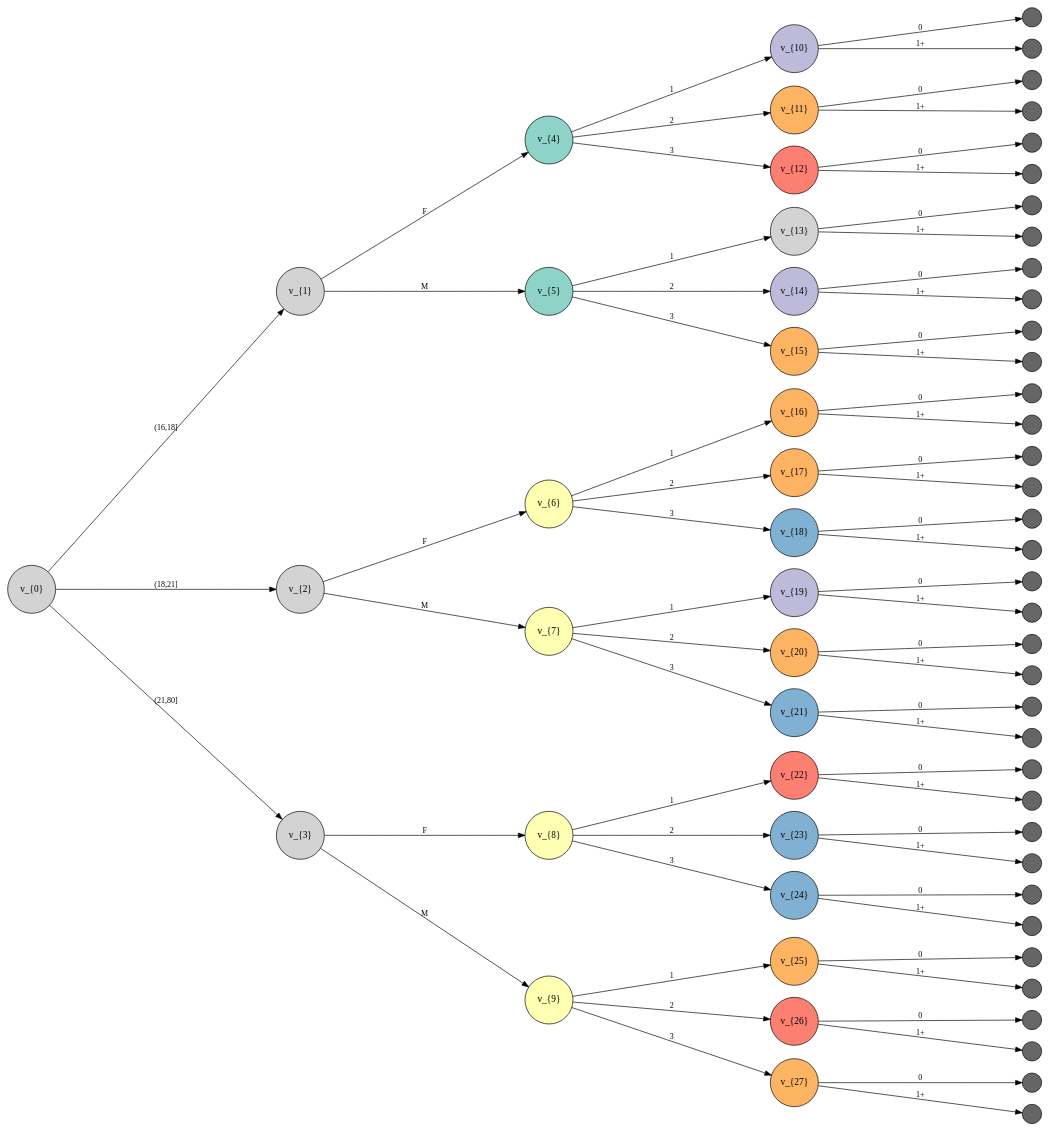
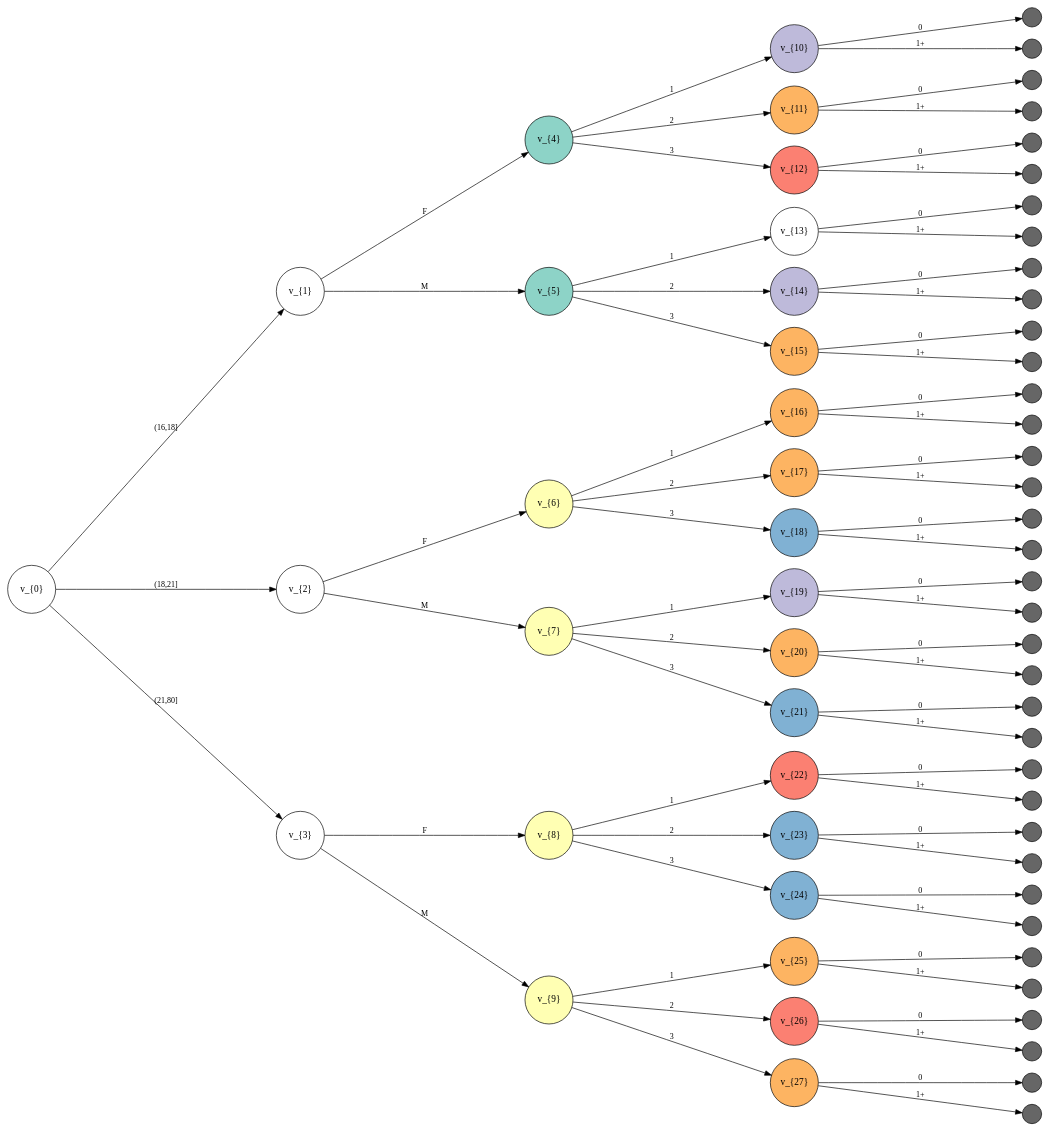
Before and after one commit to kasia-kobalczyk/chain-event-graphs: the diagram in figures/freq_staged_tree.dot, drawn with Graphviz. The commit also changed 8 other files, not shown here.

```diff
--- a/figures/freq_staged_tree.dot
+++ b/figures/freq_staged_tree.dot
@@ -1,131 +1,131 @@
 digraph G {
 rankdir=LR;
 ranksep=4;
 "v_{0}" -> "v_{1}"  [color=black, fontsize=12, label="(16,18]", labelfontcolor="#009933"];
 "v_{0}" -> "v_{2}"  [color=black, fontsize=12, label="(18,21]", labelfontcolor="#009933"];
 "v_{0}" -> "v_{3}"  [color=black, fontsize=12, label="(21,80]", labelfontcolor="#009933"];
 "v_{1}" -> "v_{4}"  [color=black, fontsize=12, label=F, labelfontcolor="#009933"];
 "v_{1}" -> "v_{5}"  [color=black, fontsize=12, label=M, labelfontcolor="#009933"];
 "v_{2}" -> "v_{6}"  [color=black, fontsize=12, label=F, labelfontcolor="#009933"];
 "v_{2}" -> "v_{7}"  [color=black, fontsize=12, label=M, labelfontcolor="#009933"];
 "v_{3}" -> "v_{8}"  [color=black, fontsize=12, label=F, labelfontcolor="#009933"];
 "v_{3}" -> "v_{9}"  [color=black, fontsize=12, label=M, labelfontcolor="#009933"];
 "v_{4}" -> "v_{10}"  [color=black, fontsize=12, label=1, labelfontcolor="#009933"];
 "v_{4}" -> "v_{11}"  [color=black, fontsize=12, label=2, labelfontcolor="#009933"];
 "v_{4}" -> "v_{12}"  [color=black, fontsize=12, label=3, labelfontcolor="#009933"];
 "v_{5}" -> "v_{13}"  [color=black, fontsize=12, label=1, labelfontcolor="#009933"];
 "v_{5}" -> "v_{14}"  [color=black, fontsize=12, label=2, labelfontcolor="#009933"];
 "v_{5}" -> "v_{15}"  [color=black, fontsize=12, label=3, labelfontcolor="#009933"];
 "v_{6}" -> "v_{16}"  [color=black, fontsize=12, label=1, labelfontcolor="#009933"];
 "v_{6}" -> "v_{17}"  [color=black, fontsize=12, label=2, labelfontcolor="#009933"];
 "v_{6}" -> "v_{18}"  [color=black, fontsize=12, label=3, labelfontcolor="#009933"];
 "v_{7}" -> "v_{19}"  [color=black, fontsize=12, label=1, labelfontcolor="#009933"];
 "v_{7}" -> "v_{20}"  [color=black, fontsize=12, label=2, labelfontcolor="#009933"];
 "v_{7}" -> "v_{21}"  [color=black, fontsize=12, label=3, labelfontcolor="#009933"];
 "v_{8}" -> "v_{22}"  [color=black, fontsize=12, label=1, labelfontcolor="#009933"];
 "v_{8}" -> "v_{23}"  [color=black, fontsize=12, label=2, labelfontcolor="#009933"];
 "v_{8}" -> "v_{24}"  [color=black, fontsize=12, label=3, labelfontcolor="#009933"];
 "v_{9}" -> "v_{25}"  [color=black, fontsize=12, label=1, labelfontcolor="#009933"];
 "v_{9}" -> "v_{26}"  [color=black, fontsize=12, label=2, labelfontcolor="#009933"];
 "v_{9}" -> "v_{27}"  [color=black, fontsize=12, label=3, labelfontcolor="#009933"];
 "v_{10}" -> "v_{28}"  [color=black, fontsize=12, label=0, labelfontcolor="#009933"];
 "v_{10}" -> "v_{29}"  [color=black, fontsize=12, label="1+", labelfontcolor="#009933"];
 "v_{11}" -> "v_{30}"  [color=black, fontsize=12, label=0, labelfontcolor="#009933"];
 "v_{11}" -> "v_{31}"  [color=black, fontsize=12, label="1+", labelfontcolor="#009933"];
 "v_{12}" -> "v_{32}"  [color=black, fontsize=12, label=0, labelfontcolor="#009933"];
 "v_{12}" -> "v_{33}"  [color=black, fontsize=12, label="1+", labelfontcolor="#009933"];
 "v_{13}" -> "v_{34}"  [color=black, fontsize=12, label=0, labelfontcolor="#009933"];
 "v_{13}" -> "v_{35}"  [color=black, fontsize=12, label="1+", labelfontcolor="#009933"];
 "v_{14}" -> "v_{36}"  [color=black, fontsize=12, label=0, labelfontcolor="#009933"];
 "v_{14}" -> "v_{37}"  [color=black, fontsize=12, label="1+", labelfontcolor="#009933"];
 "v_{15}" -> "v_{38}"  [color=black, fontsize=12, label=0, labelfontcolor="#009933"];
 "v_{15}" -> "v_{39}"  [color=black, fontsize=12, label="1+", labelfontcolor="#009933"];
 "v_{16}" -> "v_{40}"  [color=black, fontsize=12, label=0, labelfontcolor="#009933"];
 "v_{16}" -> "v_{41}"  [color=black, fontsize=12, label="1+", labelfontcolor="#009933"];
 "v_{17}" -> "v_{42}"  [color=black, fontsize=12, label=0, labelfontcolor="#009933"];
 "v_{17}" -> "v_{43}"  [color=black, fontsize=12, label="1+", labelfontcolor="#009933"];
 "v_{18}" -> "v_{44}"  [color=black, fontsize=12, label=0, labelfontcolor="#009933"];
 "v_{18}" -> "v_{45}"  [color=black, fontsize=12, label="1+", labelfontcolor="#009933"];
 "v_{19}" -> "v_{46}"  [color=black, fontsize=12, label=0, labelfontcolor="#009933"];
 "v_{19}" -> "v_{47}"  [color=black, fontsize=12, label="1+", labelfontcolor="#009933"];
 "v_{20}" -> "v_{48}"  [color=black, fontsize=12, label=0, labelfontcolor="#009933"];
 "v_{20}" -> "v_{49}"  [color=black, fontsize=12, label="1+", labelfontcolor="#009933"];
 "v_{21}" -> "v_{50}"  [color=black, fontsize=12, label=0, labelfontcolor="#009933"];
 "v_{21}" -> "v_{51}"  [color=black, fontsize=12, label="1+", labelfontcolor="#009933"];
 "v_{22}" -> "v_{52}"  [color=black, fontsize=12, label=0, labelfontcolor="#009933"];
 "v_{22}" -> "v_{53}"  [color=black, fontsize=12, label="1+", labelfontcolor="#009933"];
 "v_{23}" -> "v_{54}"  [color=black, fontsize=12, label=0, labelfontcolor="#009933"];
 "v_{23}" -> "v_{55}"  [color=black, fontsize=12, label="1+", labelfontcolor="#009933"];
 "v_{24}" -> "v_{56}"  [color=black, fontsize=12, label=0, labelfontcolor="#009933"];
 "v_{24}" -> "v_{57}"  [color=black, fontsize=12, label="1+", labelfontcolor="#009933"];
 "v_{25}" -> "v_{58}"  [color=black, fontsize=12, label=0, labelfontcolor="#009933"];
 "v_{25}" -> "v_{59}"  [color=black, fontsize=12, label="1+", labelfontcolor="#009933"];
 "v_{26}" -> "v_{60}"  [color=black, fontsize=12, label=0, labelfontcolor="#009933"];
 "v_{26}" -> "v_{61}"  [color=black, fontsize=12, label="1+", labelfontcolor="#009933"];
 "v_{27}" -> "v_{62}"  [color=black, fontsize=12, label=0, labelfontcolor="#009933"];
 "v_{27}" -> "v_{63}"  [color=black, fontsize=12, label="1+", labelfontcolor="#009933"];
-"v_{0}" [fillcolor=lightgrey, fixedsize=True, label="v_{0}", shape=circle, style=filled, width=1];
-"v_{1}" [fillcolor=lightgrey, fixedsize=True, label="v_{1}", shape=circle, style=filled, width=1];
-"v_{2}" [fillcolor=lightgrey, fixedsize=True, label="v_{2}", shape=circle, style=filled, width=1];
-"v_{3}" [fillcolor=lightgrey, fixedsize=True, label="v_{3}", shape=circle, style=filled, width=1];
+"v_{0}" [fillcolor=white, fixedsize=True, label="v_{0}", shape=circle, style=filled, width=1];
+"v_{1}" [fillcolor=white, fixedsize=True, label="v_{1}", shape=circle, style=filled, width=1];
+"v_{2}" [fillcolor=white, fixedsize=True, label="v_{2}", shape=circle, style=filled, width=1];
+"v_{3}" [fillcolor=white, fixedsize=True, label="v_{3}", shape=circle, style=filled, width=1];
 "v_{4}" [fillcolor="#8dd3c7", fixedsize=True, label="v_{4}", shape=circle, style=filled, width=1];
 "v_{5}" [fillcolor="#8dd3c7", fixedsize=True, label="v_{5}", shape=circle, style=filled, width=1];
 "v_{6}" [fillcolor="#ffffb3", fixedsize=True, label="v_{6}", shape=circle, style=filled, width=1];
 "v_{7}" [fillcolor="#ffffb3", fixedsize=True, label="v_{7}", shape=circle, style=filled, width=1];
 "v_{8}" [fillcolor="#ffffb3", fixedsize=True, label="v_{8}", shape=circle, style=filled, width=1];
 "v_{9}" [fillcolor="#ffffb3", fixedsize=True, label="v_{9}", shape=circle, style=filled, width=1];
 "v_{10}" [fillcolor="#bebada", fixedsize=True, label="v_{10}", shape=circle, style=filled, width=1];
 "v_{11}" [fillcolor="#fdb462", fixedsize=True, label="v_{11}", shape=circle, style=filled, width=1];
 "v_{12}" [fillcolor="#fb8072", fixedsize=True, label="v_{12}", shape=circle, style=filled, width=1];
-"v_{13}" [fillcolor=lightgrey, fixedsize=True, label="v_{13}", shape=circle, style=filled, width=1];
+"v_{13}" [fillcolor=white, fixedsize=True, label="v_{13}", shape=circle, style=filled, width=1];
 "v_{14}" [fillcolor="#bebada", fixedsize=True, label="v_{14}", shape=circle, style=filled, width=1];
 "v_{15}" [fillcolor="#fdb462", fixedsize=True, label="v_{15}", shape=circle, style=filled, width=1];
 "v_{16}" [fillcolor="#fdb462", fixedsize=True, label="v_{16}", shape=circle, style=filled, width=1];
 "v_{17}" [fillcolor="#fdb462", fixedsize=True, label="v_{17}", shape=circle, style=filled, width=1];
 "v_{18}" [fillcolor="#80b1d3", fixedsize=True, label="v_{18}", shape=circle, style=filled, width=1];
 "v_{19}" [fillcolor="#bebada", fixedsize=True, label="v_{19}", shape=circle, style=filled, width=1];
 "v_{20}" [fillcolor="#fdb462", fixedsize=True, label="v_{20}", shape=circle, style=filled, width=1];
 "v_{21}" [fillcolor="#80b1d3", fixedsize=True, label="v_{21}", shape=circle, style=filled, width=1];
 "v_{22}" [fillcolor="#fb8072", fixedsize=True, label="v_{22}", shape=circle, style=filled, width=1];
 "v_{23}" [fillcolor="#80b1d3", fixedsize=True, label="v_{23}", shape=circle, style=filled, width=1];
 "v_{24}" [fillcolor="#80b1d3", fixedsize=True, label="v_{24}", shape=circle, style=filled, width=1];
 "v_{25}" [fillcolor="#fdb462", fixedsize=True, label="v_{25}", shape=circle, style=filled, width=1];
 "v_{26}" [fillcolor="#fb8072", fixedsize=True, label="v_{26}", shape=circle, style=filled, width=1];
 "v_{27}" [fillcolor="#fdb462", fixedsize=True, label="v_{27}", shape=circle, style=filled, width=1];
 "v_{28}" [fillcolor="#666666", label="", shape=circle, style=filled, width=0.4];
 "v_{29}" [fillcolor="#666666", label="", shape=circle, style=filled, width=0.4];
 "v_{30}" [fillcolor="#666666", label="", shape=circle, style=filled, width=0.4];
 "v_{31}" [fillcolor="#666666", label="", shape=circle, style=filled, width=0.4];
 "v_{32}" [fillcolor="#666666", label="", shape=circle, style=filled, width=0.4];
 "v_{33}" [fillcolor="#666666", label="", shape=circle, style=filled, width=0.4];
 "v_{34}" [fillcolor="#666666", label="", shape=circle, style=filled, width=0.4];
 "v_{35}" [fillcolor="#666666", label="", shape=circle, style=filled, width=0.4];
 "v_{36}" [fillcolor="#666666", label="", shape=circle, style=filled, width=0.4];
 "v_{37}" [fillcolor="#666666", label="", shape=circle, style=filled, width=0.4];
 "v_{38}" [fillcolor="#666666", label="", shape=circle, style=filled, width=0.4];
 "v_{39}" [fillcolor="#666666", label="", shape=circle, style=filled, width=0.4];
 "v_{40}" [fillcolor="#666666", label="", shape=circle, style=filled, width=0.4];
 "v_{41}" [fillcolor="#666666", label="", shape=circle, style=filled, width=0.4];
 "v_{42}" [fillcolor="#666666", label="", shape=circle, style=filled, width=0.4];
 "v_{43}" [fillcolor="#666666", label="", shape=circle, style=filled, width=0.4];
 "v_{44}" [fillcolor="#666666", label="", shape=circle, style=filled, width=0.4];
 "v_{45}" [fillcolor="#666666", label="", shape=circle, style=filled, width=0.4];
 "v_{46}" [fillcolor="#666666", label="", shape=circle, style=filled, width=0.4];
 "v_{47}" [fillcolor="#666666", label="", shape=circle, style=filled, width=0.4];
 "v_{48}" [fillcolor="#666666", label="", shape=circle, style=filled, width=0.4];
 "v_{49}" [fillcolor="#666666", label="", shape=circle, style=filled, width=0.4];
 "v_{50}" [fillcolor="#666666", label="", shape=circle, style=filled, width=0.4];
 "v_{51}" [fillcolor="#666666", label="", shape=circle, style=filled, width=0.4];
 "v_{52}" [fillcolor="#666666", label="", shape=circle, style=filled, width=0.4];
 "v_{53}" [fillcolor="#666666", label="", shape=circle, style=filled, width=0.4];
 "v_{54}" [fillcolor="#666666", label="", shape=circle, style=filled, width=0.4];
 "v_{55}" [fillcolor="#666666", label="", shape=circle, style=filled, width=0.4];
 "v_{56}" [fillcolor="#666666", label="", shape=circle, style=filled, width=0.4];
 "v_{57}" [fillcolor="#666666", label="", shape=circle, style=filled, width=0.4];
 "v_{58}" [fillcolor="#666666", label="", shape=circle, style=filled, width=0.4];
 "v_{59}" [fillcolor="#666666", label="", shape=circle, style=filled, width=0.4];
 "v_{60}" [fillcolor="#666666", label="", shape=circle, style=filled, width=0.4];
 "v_{61}" [fillcolor="#666666", label="", shape=circle, style=filled, width=0.4];
 "v_{62}" [fillcolor="#666666", label="", shape=circle, style=filled, width=0.4];
 "v_{63}" [fillcolor="#666666", label="", shape=circle, style=filled, width=0.4];
 }
```
